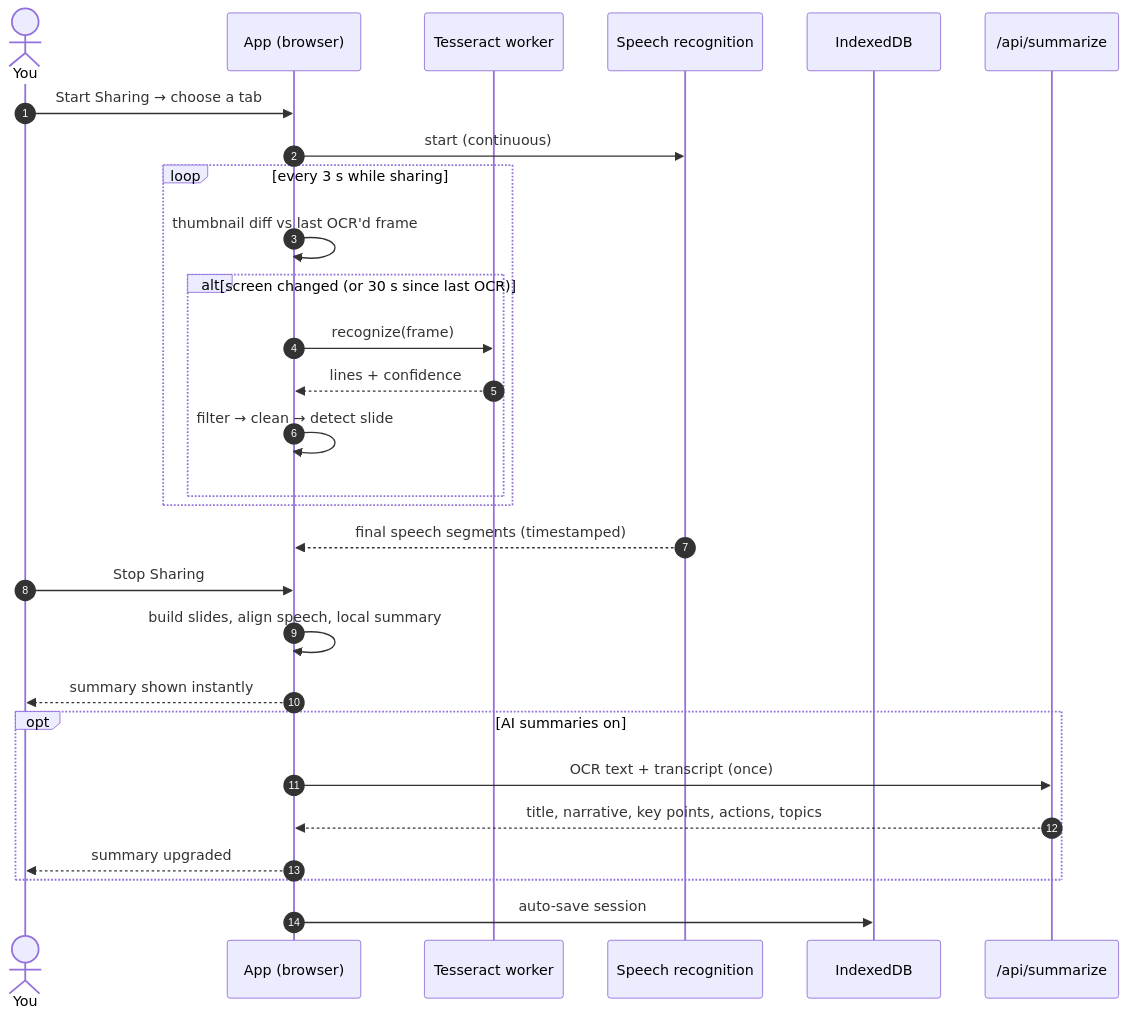
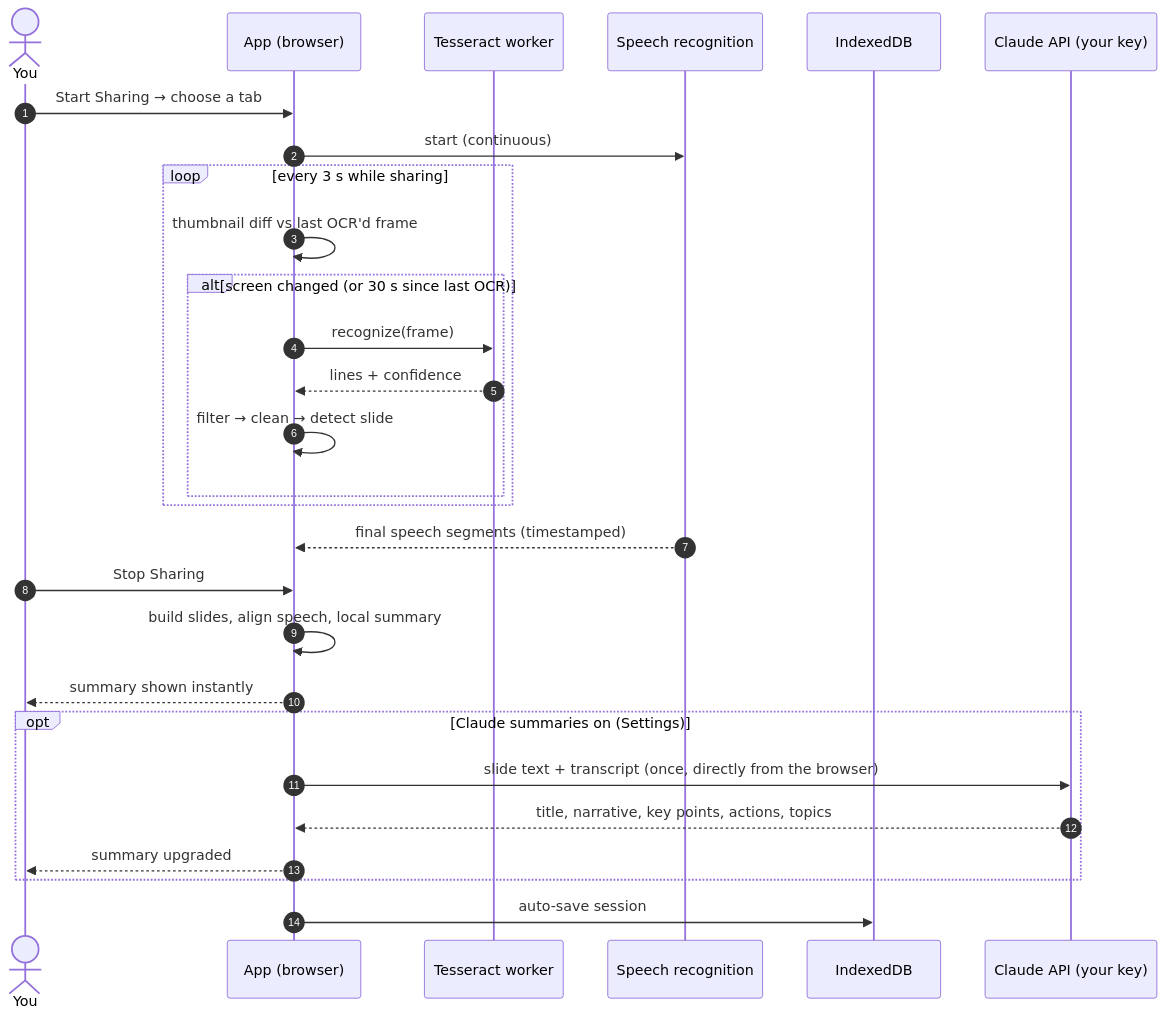
Before and after one commit to arvinj1/screenshare-transcribe: the second of 2 diagrams in README.md, drawn with Mermaid. The commit also changed other lines of this file and 18 other files, not shown here.

First line of the commit message:
Bring-your-own-key Claude summaries, settings panel and on-page intro (#9)

````diff
--- a/README.md
+++ b/README.md
@@ -110,31 +110,31 @@
 ```mermaid
 sequenceDiagram
     autonumber
     actor U as You
     participant App as App (browser)
     participant OCR as Tesseract worker
     participant SR as Speech recognition
     participant DB as IndexedDB
-    participant API as /api/summarize
+    participant API as Claude API (your key)
 
     U->>App: Start Sharing → choose a tab
     App->>SR: start (continuous)
     loop every 3 s while sharing
         App->>App: thumbnail diff vs last OCR'd frame
         alt screen changed (or 30 s since last OCR)
             App->>OCR: recognize(frame)
             OCR-->>App: lines + confidence
             App->>App: filter → clean → detect slide
         end
     end
     SR-->>App: final speech segments (timestamped)
     U->>App: Stop Sharing
     App->>App: build slides, align speech, local summary
     App-->>U: summary shown instantly
-    opt AI summaries on
-        App->>API: OCR text + transcript (once)
+    opt Claude summaries on (Settings)
+        App->>API: slide text + transcript (once, directly from the browser)
         API-->>App: title, narrative, key points, actions, topics
         App-->>U: summary upgraded
     end
     App->>DB: auto-save session
 ```
````
